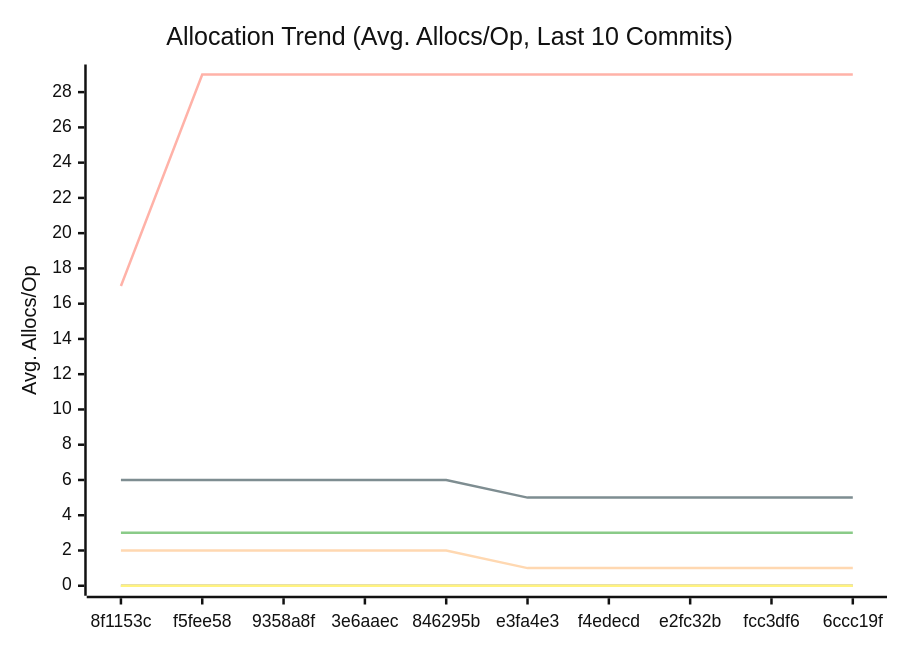
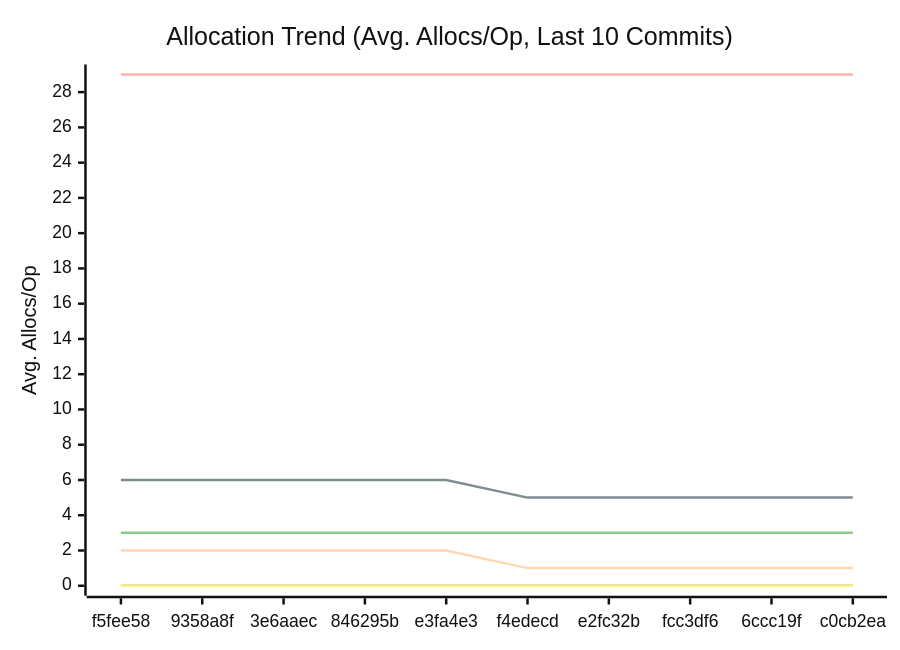
One commit to alsotoes/momo changed the third of 3 diagrams in docs/PERFORMANCE.md. Above: the diagram before and after it, drawn with Mermaid (neutral theme). The commit also changed other lines of this file and 2 other files, not shown here.

````diff
--- a/docs/PERFORMANCE.md
+++ b/docs/PERFORMANCE.md
@@ -114,16 +114,16 @@
 ```mermaid
 xychart-beta
     title "Allocation Trend (Avg. Allocs/Op, Last 10 Commits)"
     x-axis "Commit"
     y-axis "Avg. Allocs/Op"
-    x-axis [8f1153c,f5fee58,9358a8f,3e6aaec,846295b,e3fa4e3,f4edecd,e2fc32b,fcc3df6,6ccc19f]
+    x-axis [f5fee58,9358a8f,3e6aaec,846295b,e3fa4e3,f4edecd,e2fc32b,fcc3df6,6ccc19f,c0cb2ea]
     line "CheckMetricsAndSwap" [0,0,0,0,0,0,0,0,0,0]
     line "CrushOptimized" [0,0,0,0,0,0,0,0,0,0]
     line "CrushOriginal" [3,3,3,3,3,3,3,3,3,3]
     line "IndexDirectTracking" [0,0,0,0,0,0,0,0,0,0]
     line "IndexSearch" [0,0,0,0,0,0,0,0,0,0]
-    line "LoadGlobalConfig" [17,29,29,29,29,29,29,29,29,29]
+    line "LoadGlobalConfig" [29,29,29,29,29,29,29,29,29,29]
     line "PadString" [0,0,0,0,0,0,0,0,0,0]
     line "ParseReplicationOrder_NoPrealloc" [6,6,6,6,6,5,5,5,5,5]
     line "ParseReplicationOrder_Prealloc" [2,2,2,2,2,1,1,1,1,1]
 ```
````
